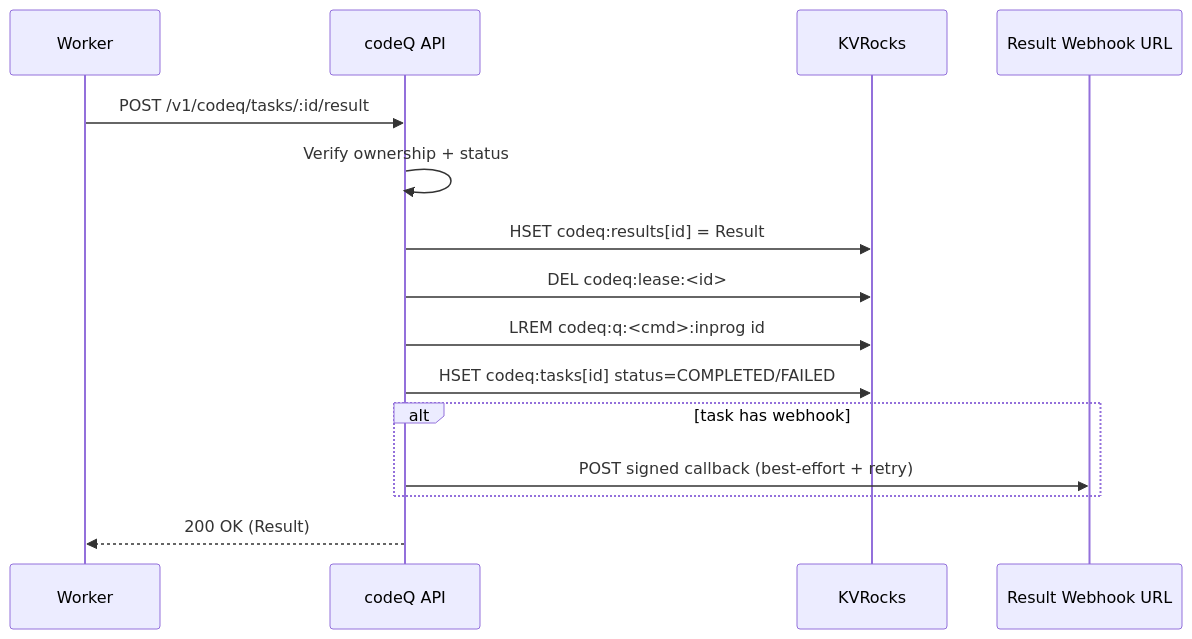
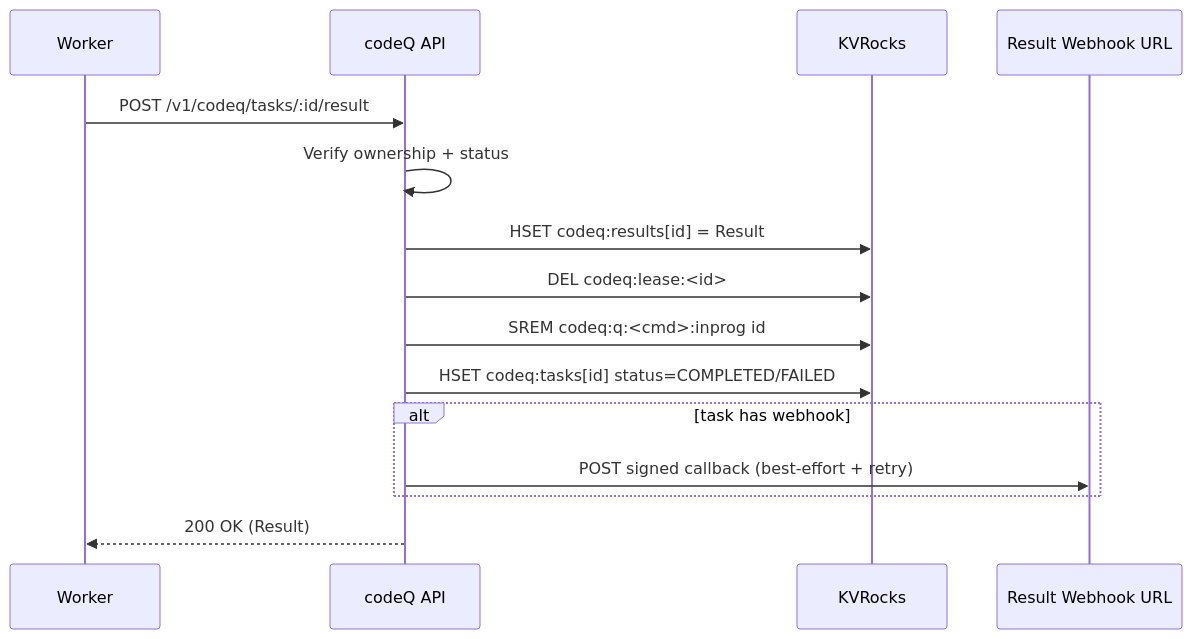
Before and after one commit to osvaldoandrade/codeq: the fourth of 5 diagrams in wiki/Architecture.md, drawn with Mermaid. The commit also changed other lines of this file and 23 other files, not shown here.

````diff
--- a/wiki/Architecture.md
+++ b/wiki/Architecture.md
@@ -78,18 +78,18 @@
 ```mermaid
 sequenceDiagram
   participant W as Worker
   participant A as codeQ API
   participant K as KVRocks
   participant H as Result Webhook URL
 
   W->>A: POST /v1/codeq/tasks/:id/result
   A->>A: Verify ownership + status
   A->>K: HSET codeq:results[id] = Result
   A->>K: DEL codeq:lease:<id>
-  A->>K: LREM codeq:q:<cmd>:inprog id
+  A->>K: SREM codeq:q:<cmd>:inprog id
   A->>K: HSET codeq:tasks[id] status=COMPLETED/FAILED
   alt task has webhook
     A->>H: POST signed callback (best-effort + retry)
   end
   A-->>W: 200 OK (Result)
 ```
````
